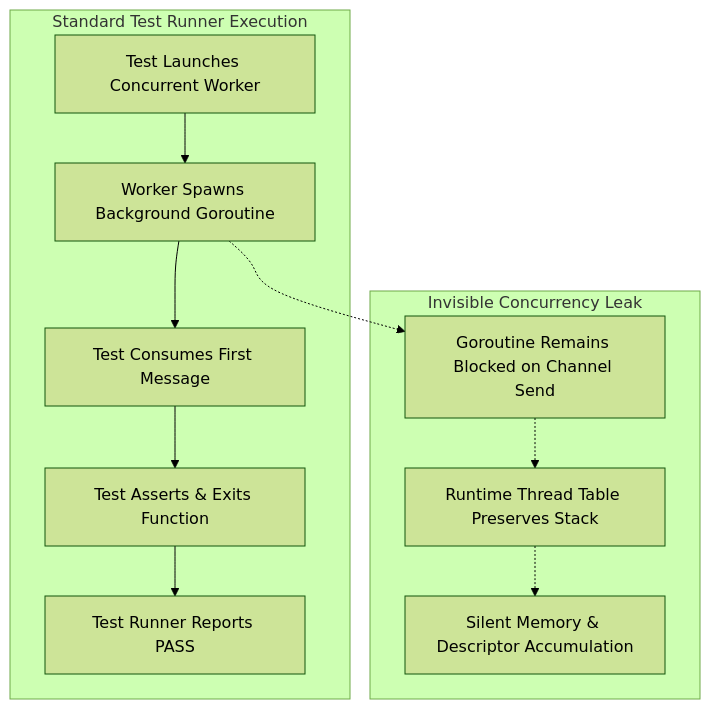
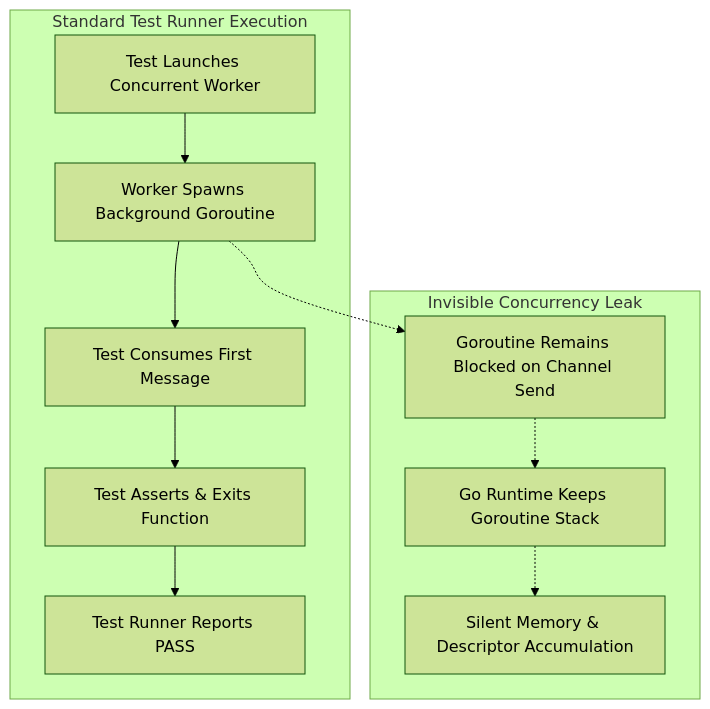
Before and after one commit to dan-petty/vibes: the first of 2 diagrams in observations/systems/39-test-harness-integration-and-zero-overhead-goroutine-leak-sentinels.md, drawn with Mermaid (forest theme). The commit also changed other lines of this file and 248 other files, not shown here.

````diff
--- a/observations/systems/39-test-harness-integration-and-zero-overhead-goroutine-leak-sentinels.md
+++ b/observations/systems/39-test-harness-integration-and-zero-overhead-goroutine-leak-sentinels.md
@@ -30,15 +30,15 @@
 ```mermaid
 flowchart TD
     subgraph TestExecution["Standard Test Runner Execution"]
         T1["Test Launches Concurrent Worker"] --> T2["Worker Spawns Background Goroutine"]
         T2 --> T3["Test Consumes First Message"]
         T3 --> T4["Test Asserts & Exits Function"]
         T4 --> T5["Test Runner Reports PASS"]
     end
 
     subgraph RuntimeLeakage["Invisible Concurrency Leak"]
         T2 -.-> L1["Goroutine Remains Blocked on Channel Send"]
-        L1 -.-> L2["Runtime Thread Table Preserves Stack"]
+        L1 -.-> L2["Go Runtime Keeps Goroutine Stack"]
         L2 -.-> L3["Silent Memory & Descriptor Accumulation"]
     end
 ```
````
